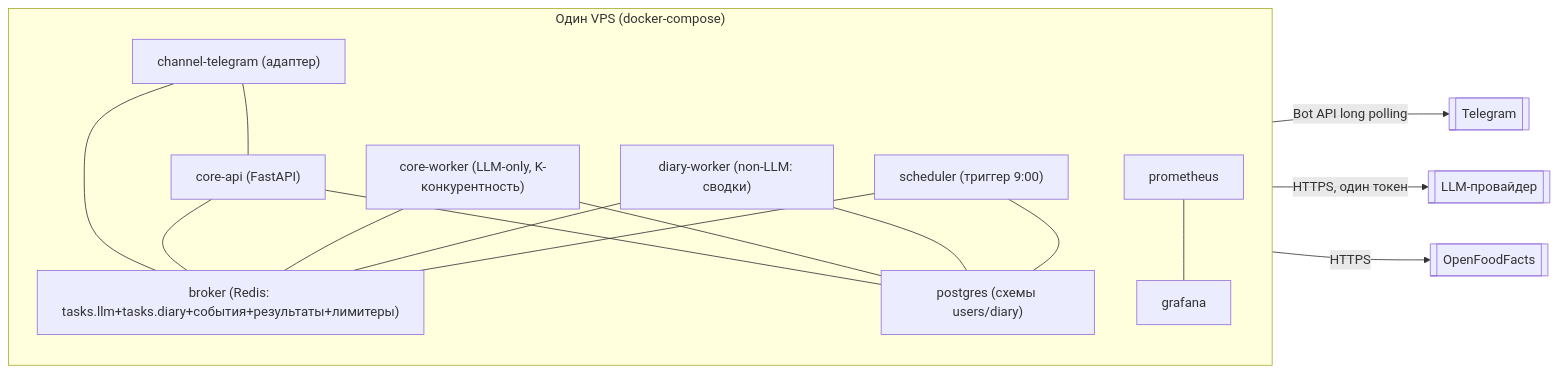
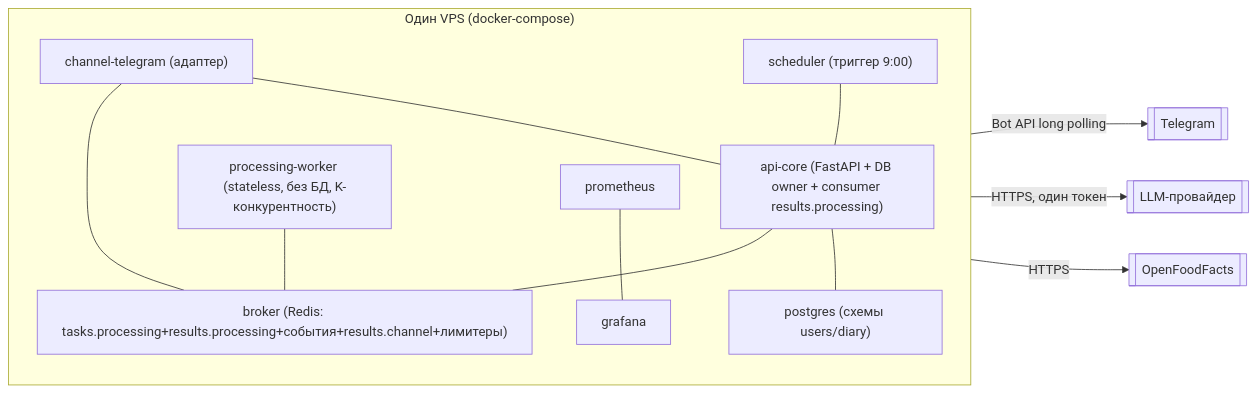
One commit to dralexey7/Calorithm changed the fifth of 5 diagrams in docs/architecture.md. Above: the diagram before and after it, drawn with Mermaid. The commit also changed other lines of this file and 21 other files, not shown here.

First line of the commit message:
Simplify architecture to unified api-core; finalize roadmap (step 4)

````diff
--- a/docs/architecture.md
+++ b/docs/architecture.md
@@ -427,29 +435,24 @@
 ```mermaid
 flowchart LR
   subgraph VPS["Один VPS (docker-compose)"]
     direction TB
     A["channel-telegram (адаптер)"]
-    B["core-api (FastAPI)"]
-    C["core-worker (LLM-only, K-конкурентность)"]
-    H["diary-worker (non-LLM: сводки)"]
+    B["api-core (FastAPI + DB owner + consumer results.processing)"]
+    C["processing-worker (stateless, без БД, K-конкурентность)"]
     I["scheduler (триггер 9:00)"]
-    D["broker (Redis: tasks.llm+tasks.diary+события+результаты+лимитеры)"]
+    D["broker (Redis: tasks.processing+results.processing+события+results.channel+лимитеры)"]
     E["postgres (схемы users/diary)"]
     F["prometheus"]
     G["grafana"]
     A --- D
     B --- D
     C --- D
-    H --- D
-    I --- D
+    I --- B
     A --- B
     B --- E
-    C --- E
-    H --- E
-    I --- E
     F --- G
   end
   A -->|Bot API long polling| TG[[Telegram]]
   C -->|HTTPS, один токен| LLM[[LLM-провайдер]]
   C -->|HTTPS| OFF[[OpenFoodFacts]]
 ```
````
